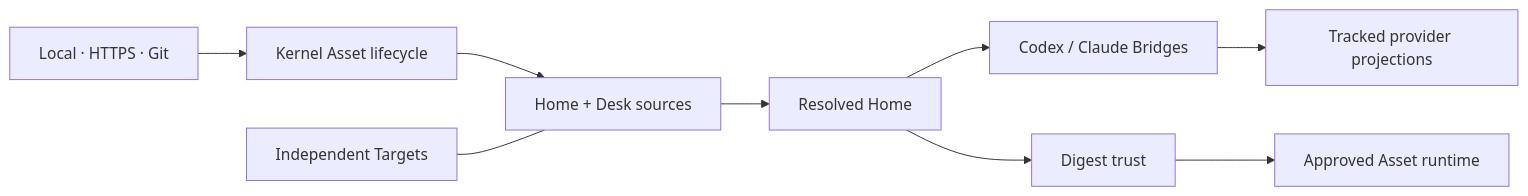
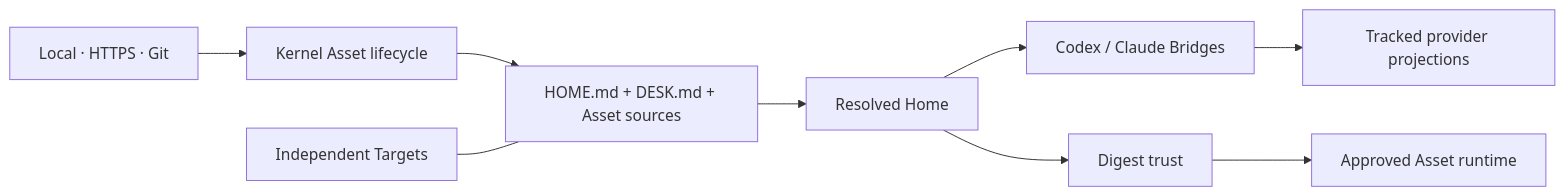
The diagram in docs/architecture.md (thevzion/endroit), drawn with Mermaid before and after one commit. The commit also changed other lines of this file and 30 other files, not shown here.

Commit message:
feat: add canonical Home and Desk instructions

````diff
--- a/docs/architecture.md
+++ b/docs/architecture.md
@@ -8,11 +8,11 @@
 ```mermaid
 flowchart LR
   source["Local · HTTPS · Git"] --> lifecycle["Kernel Asset lifecycle"]
-  lifecycle --> home["Home + Desk sources"]
+  lifecycle --> home["HOME.md + DESK.md + Asset sources"]
   home --> resolve["Resolved Home"]
   resolve --> bridge["Codex / Claude Bridges"]
   bridge --> projection["Tracked provider projections"]
   resolve --> trust["Digest trust"]
   trust --> runtime["Approved Asset runtime"]
   target["Independent Targets"] --- home
 ```
````
